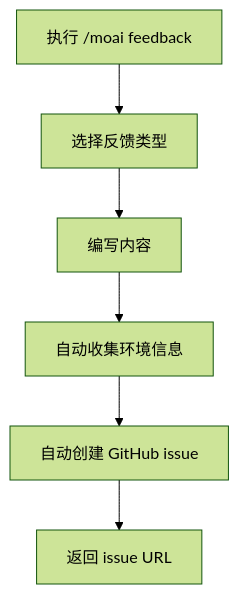
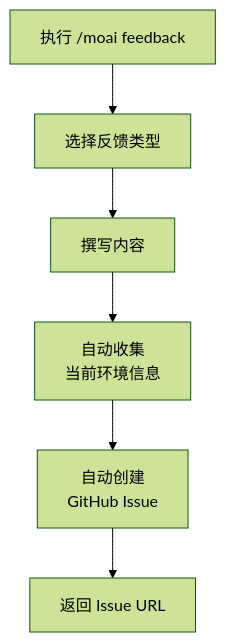
The first of 2 diagrams in docs-site/content/zh/utility-commands/moai-feedback.md (modu-ai/moai-adk), drawn with Mermaid (forest theme) before and after one commit. The commit also changed other lines of this file and 395 other files, not shown here.

````diff
--- a/docs-site/content/zh/utility-commands/moai-feedback.md
+++ b/docs-site/content/zh/utility-commands/moai-feedback.md
@@ -61,8 +51,8 @@
 ```mermaid
 flowchart TD
     A["执行 /moai feedback"] --> B["选择反馈类型"]
-    B --> C["编写内容"]
-    C --> D["自动收集环境信息"]
-    D --> E["自动创建 GitHub issue"]
-    E --> F["返回 issue URL"]
+    B --> C["撰写内容"]
+    C --> D["自动收集<br/>当前环境信息"]
+    D --> E["自动创建<br/>GitHub Issue"]
+    E --> F["返回 Issue URL"]
 ```
````
